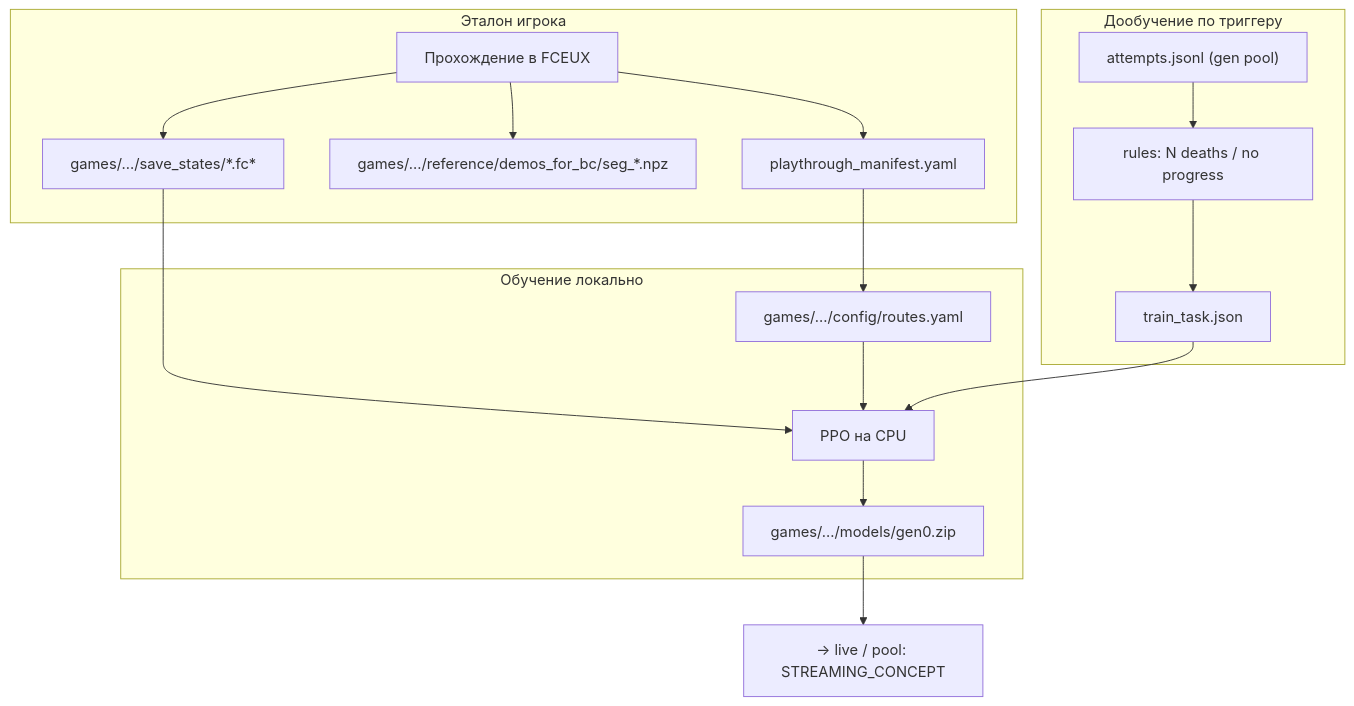
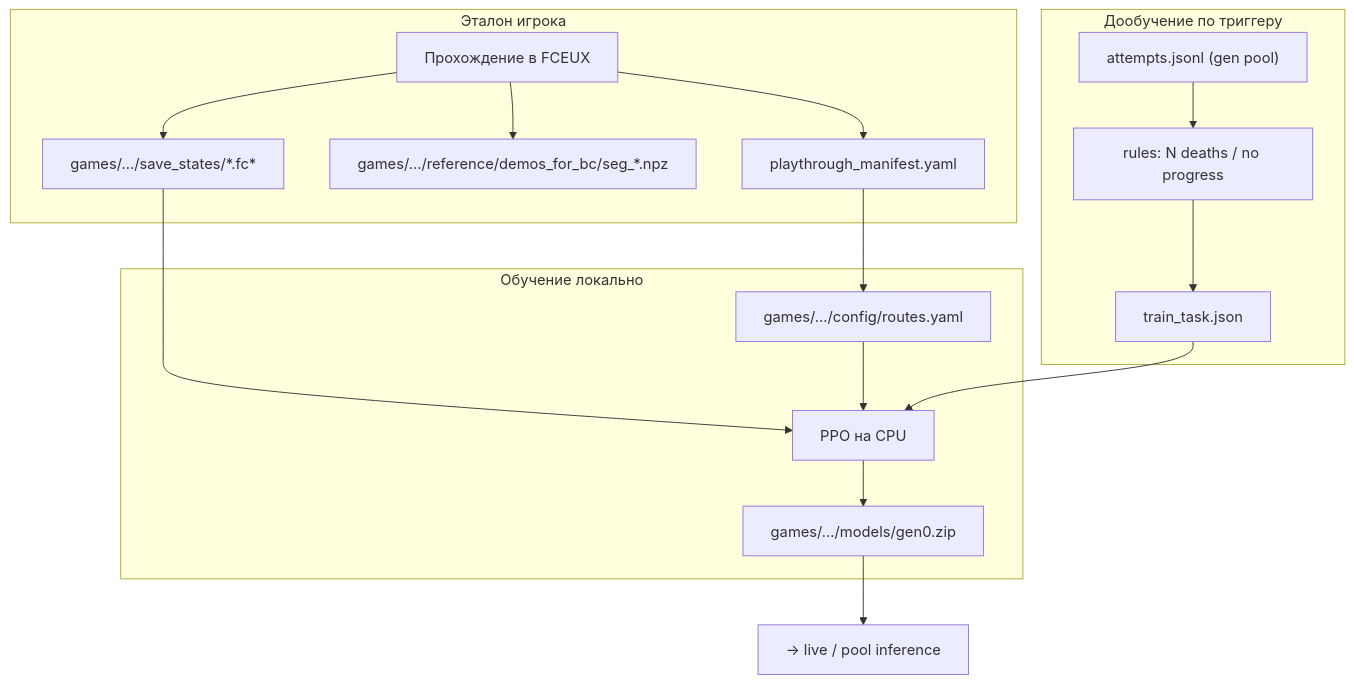
The diagram in docs/ML_CONCEPT.md (dimadroog/wait), drawn with Mermaid before and after one commit. The commit also changed other lines of this file and 14 other files, not shown here.

````diff
--- a/docs/ML_CONCEPT.md
+++ b/docs/ML_CONCEPT.md
@@ -85,33 +85,33 @@
 ```mermaid
 flowchart TB
     subgraph record [Эталон игрока]
         HumanPlay[Прохождение в FCEUX]
         Manifest[playthrough_manifest.yaml]
         Demos[games/.../reference/demos_for_bc/seg_*.npz]
         States[games/.../save_states/*.fc*]
         HumanPlay --> Manifest
         HumanPlay --> Demos
         HumanPlay --> States
     end
 
     subgraph train [Обучение локально]
         Routes[games/.../config/routes.yaml]
         LocalPPO[PPO на CPU]
         ModelZip[games/.../models/gen0.zip]
         Manifest --> Routes
         States --> LocalPPO
         Routes --> LocalPPO
         LocalPPO --> ModelZip
     end
 
     subgraph finetune [Дообучение по триггеру]
         Trigger["rules: N deaths / no progress"]
         Task[train_task.json]
         Attempts["attempts.jsonl (gen pool)"]
         Trigger --> Task
         Task --> LocalPPO
         Attempts --> Trigger
     end
 
-        ModelZip --> Infer[→ live / pool: STREAMING_CONCEPT]
+        ModelZip --> Infer[→ live / pool inference]
 ```
````
